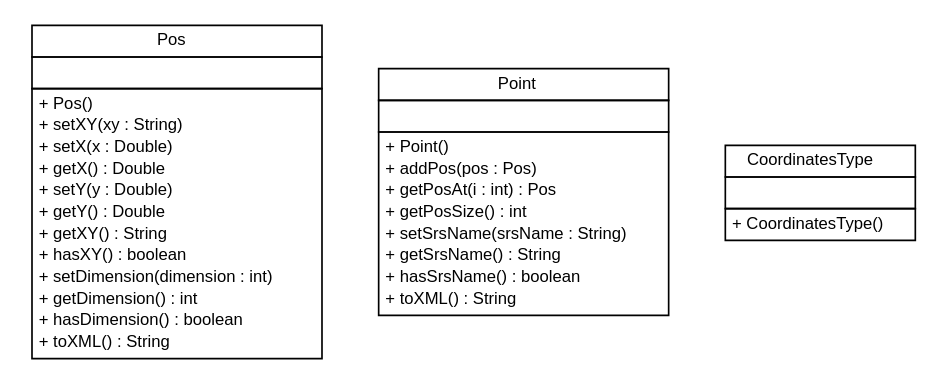
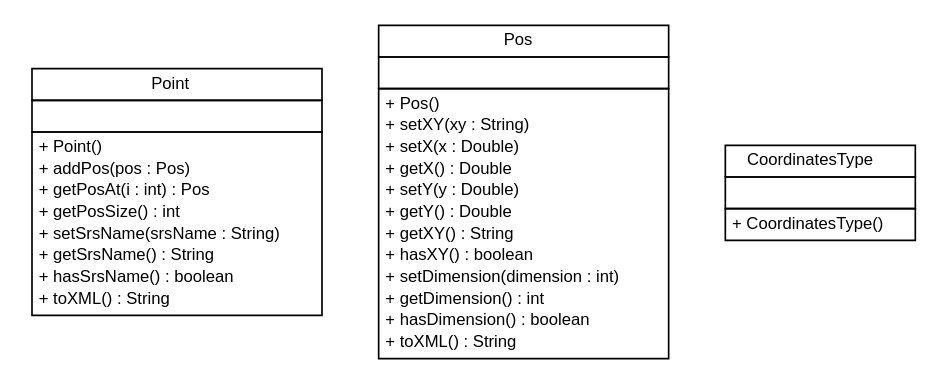
One commit to geozet/openls-databinding changed the diagram in apidocs/nl/geozet/openls/databinding/gml/nl.geozet.openls.databinding.gml.dot. Above: the diagram before and after it, drawn with Graphviz. The commit also changed 220 other files, not shown here.

```diff
--- a/apidocs/nl/geozet/openls/databinding/gml/nl.geozet.openls.databinding.gml.dot
+++ b/apidocs/nl/geozet/openls/databinding/gml/nl.geozet.openls.databinding.gml.dot
@@ -1,66 +1,66 @@
 #!/usr/local/bin/dot
 #
 # Class diagram 
 # Generated by UMLGraph version R5_6-24-gf6e263 (http://www.umlgraph.org/)
 #
 
 digraph G {
 	edge [fontname="Helvetica",fontsize=10,labelfontname="Helvetica",labelfontsize=10];
 	node [fontname="Helvetica",fontsize=10,shape=plaintext];
 	nodesep=0.25;
 	ranksep=0.5;
+	// nl.geozet.openls.databinding.gml.Point
+	c37 [label=<<table title="nl.geozet.openls.databinding.gml.Point" border="0" cellborder="1" cellspacing="0" cellpadding="2" port="p" href="./Point.html">
+		<tr><td><table border="0" cellspacing="0" cellpadding="1">
+<tr><td align="center" balign="center"> Point </td></tr>
+		</table></td></tr>
+		<tr><td><table border="0" cellspacing="0" cellpadding="1">
+<tr><td align="left" balign="left">  </td></tr>
+		</table></td></tr>
+		<tr><td><table border="0" cellspacing="0" cellpadding="1">
+<tr><td align="left" balign="left"> + Point() </td></tr>
+<tr><td align="left" balign="left"> + addPos(pos : Pos) </td></tr>
+<tr><td align="left" balign="left"> + getPosAt(i : int) : Pos </td></tr>
+<tr><td align="left" balign="left"> + getPosSize() : int </td></tr>
+<tr><td align="left" balign="left"> + setSrsName(srsName : String) </td></tr>
+<tr><td align="left" balign="left"> + getSrsName() : String </td></tr>
+<tr><td align="left" balign="left"> + hasSrsName() : boolean </td></tr>
+<tr><td align="left" balign="left"> + toXML() : String </td></tr>
+		</table></td></tr>
+		</table>>, URL="./Point.html", fontname="Helvetica", fontcolor="black", fontsize=10.0];
 	// nl.geozet.openls.databinding.gml.Pos
-	c18 [label=<<table title="nl.geozet.openls.databinding.gml.Pos" border="0" cellborder="1" cellspacing="0" cellpadding="2" port="p" href="./Pos.html">
+	c38 [label=<<table title="nl.geozet.openls.databinding.gml.Pos" border="0" cellborder="1" cellspacing="0" cellpadding="2" port="p" href="./Pos.html">
 		<tr><td><table border="0" cellspacing="0" cellpadding="1">
 <tr><td align="center" balign="center"> Pos </td></tr>
 		</table></td></tr>
 		<tr><td><table border="0" cellspacing="0" cellpadding="1">
 <tr><td align="left" balign="left">  </td></tr>
 		</table></td></tr>
 		<tr><td><table border="0" cellspacing="0" cellpadding="1">
 <tr><td align="left" balign="left"> + Pos() </td></tr>
 <tr><td align="left" balign="left"> + setXY(xy : String) </td></tr>
 <tr><td align="left" balign="left"> + setX(x : Double) </td></tr>
 <tr><td align="left" balign="left"> + getX() : Double </td></tr>
 <tr><td align="left" balign="left"> + setY(y : Double) </td></tr>
 <tr><td align="left" balign="left"> + getY() : Double </td></tr>
 <tr><td align="left" balign="left"> + getXY() : String </td></tr>
 <tr><td align="left" balign="left"> + hasXY() : boolean </td></tr>
 <tr><td align="left" balign="left"> + setDimension(dimension : int) </td></tr>
 <tr><td align="left" balign="left"> + getDimension() : int </td></tr>
 <tr><td align="left" balign="left"> + hasDimension() : boolean </td></tr>
 <tr><td align="left" balign="left"> + toXML() : String </td></tr>
 		</table></td></tr>
 		</table>>, URL="./Pos.html", fontname="Helvetica", fontcolor="black", fontsize=10.0];
-	// nl.geozet.openls.databinding.gml.Point
-	c19 [label=<<table title="nl.geozet.openls.databinding.gml.Point" border="0" cellborder="1" cellspacing="0" cellpadding="2" port="p" href="./Point.html">
-		<tr><td><table border="0" cellspacing="0" cellpadding="1">
-<tr><td align="center" balign="center"> Point </td></tr>
-		</table></td></tr>
-		<tr><td><table border="0" cellspacing="0" cellpadding="1">
-<tr><td align="left" balign="left">  </td></tr>
-		</table></td></tr>
-		<tr><td><table border="0" cellspacing="0" cellpadding="1">
-<tr><td align="left" balign="left"> + Point() </td></tr>
-<tr><td align="left" balign="left"> + addPos(pos : Pos) </td></tr>
-<tr><td align="left" balign="left"> + getPosAt(i : int) : Pos </td></tr>
-<tr><td align="left" balign="left"> + getPosSize() : int </td></tr>
-<tr><td align="left" balign="left"> + setSrsName(srsName : String) </td></tr>
-<tr><td align="left" balign="left"> + getSrsName() : String </td></tr>
-<tr><td align="left" balign="left"> + hasSrsName() : boolean </td></tr>
-<tr><td align="left" balign="left"> + toXML() : String </td></tr>
-		</table></td></tr>
-		</table>>, URL="./Point.html", fontname="Helvetica", fontcolor="black", fontsize=10.0];
 	// nl.geozet.openls.databinding.gml.CoordinatesType
-	c20 [label=<<table title="nl.geozet.openls.databinding.gml.CoordinatesType" border="0" cellborder="1" cellspacing="0" cellpadding="2" port="p" href="./CoordinatesType.html">
+	c39 [label=<<table title="nl.geozet.openls.databinding.gml.CoordinatesType" border="0" cellborder="1" cellspacing="0" cellpadding="2" port="p" href="./CoordinatesType.html">
 		<tr><td><table border="0" cellspacing="0" cellpadding="1">
 <tr><td align="center" balign="center"> CoordinatesType </td></tr>
 		</table></td></tr>
 		<tr><td><table border="0" cellspacing="0" cellpadding="1">
 <tr><td align="left" balign="left">  </td></tr>
 		</table></td></tr>
 		<tr><td><table border="0" cellspacing="0" cellpadding="1">
 <tr><td align="left" balign="left"> + CoordinatesType() </td></tr>
 		</table></td></tr>
 		</table>>, URL="./CoordinatesType.html", fontname="Helvetica", fontcolor="black", fontsize=10.0];
 }
```
